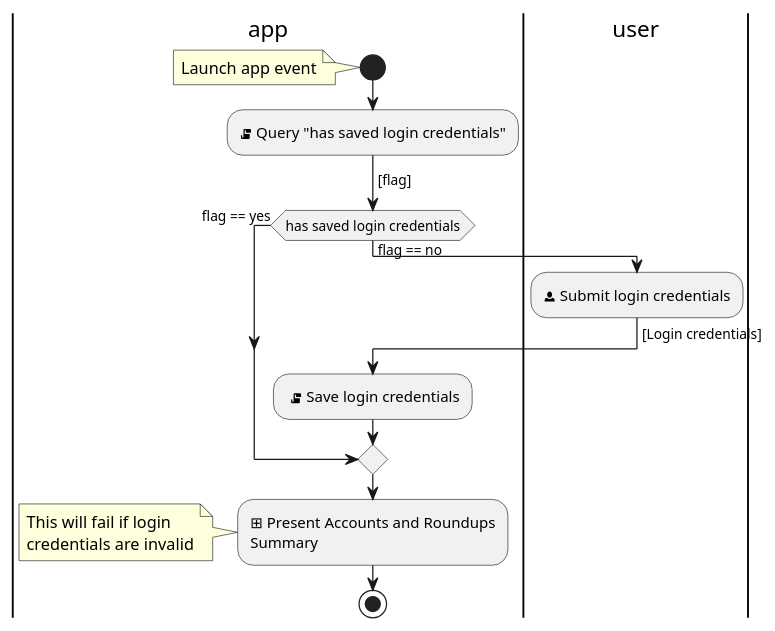
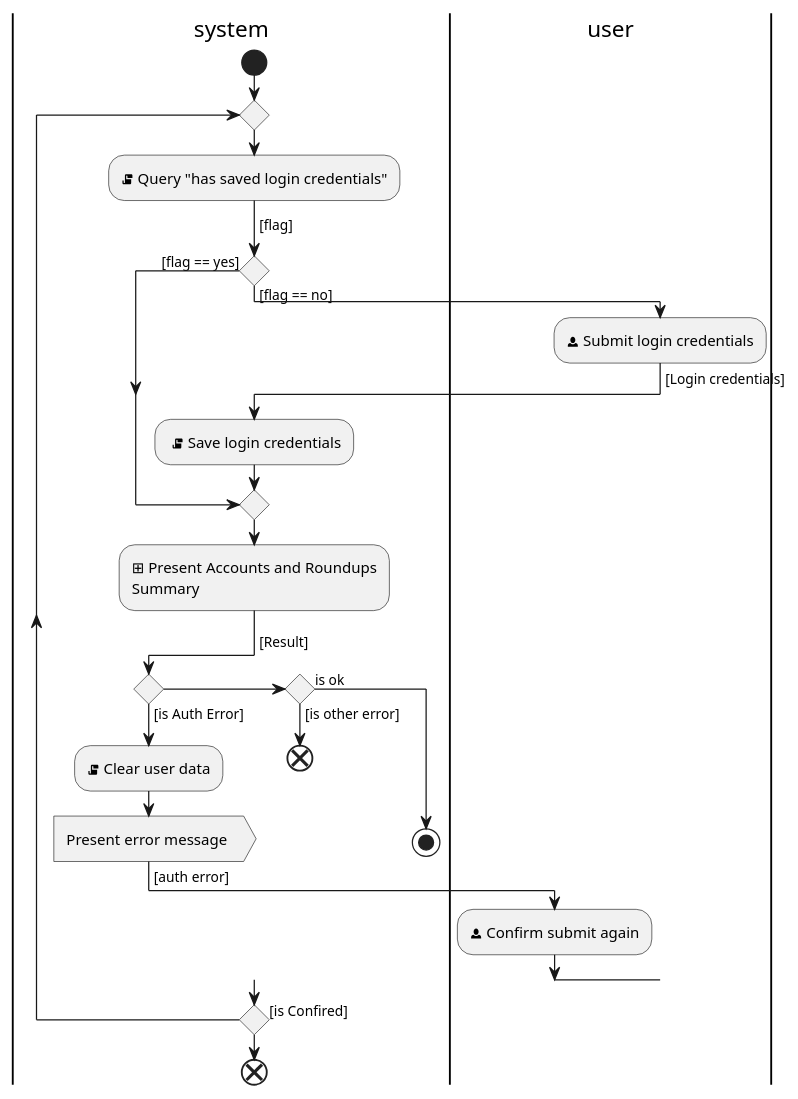
The diagram in diagrams/Startup Activity Diagram.puml (hristo-stefanov/MiniBankingDemo), drawn with PlantUML before and after one commit. The commit also changed 1 other file, not shown here.

```diff
--- a/diagrams/Startup Activity Diagram.puml
+++ b/diagrams/Startup Activity Diagram.puml
@@ -1,26 +1,35 @@
 @startuml
 'https://plantuml.com/activity-diagram-beta
-|app|
+|system|
 start
-note left
-Launch app event
-end note
+repeat
 :<&script> Query "has saved login credentials";
 -> [flag];
-if (has saved login credentials) then (flag == yes)
-else (flag == no)
+if () then ([flag == yes])
+else ([flag == no])
     |user|
     :<&person> Submit login credentials;
     -> [Login credentials];
-    |app|
+    |system|
     : <&script> Save login credentials;
 endif
     :⊞ Present Accounts and Roundups
     Summary;
-note left
-This will fail if login
-credentials are invalid
-end note
-stop
+    -> [Result];
 
+    if () then  ([is Auth Error])
+        :<&script> Clear user data;
+        :Present error message >
+        -> [auth error];
+        |user|
+        :<&person> Confirm submit again;
+        |system|
+    elseif () then  ([is other error])
+        end
+    else (is ok)
+        stop
+    endif
+    |system|
+repeat while () is ([is Confired])
+end
 @enduml
```
